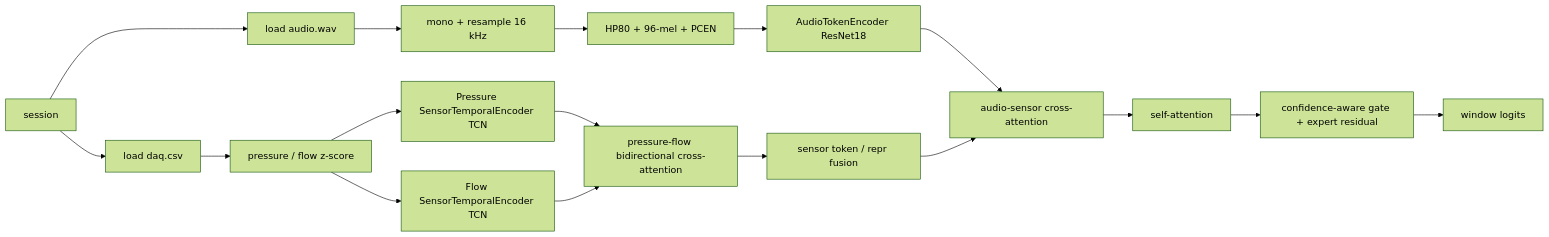
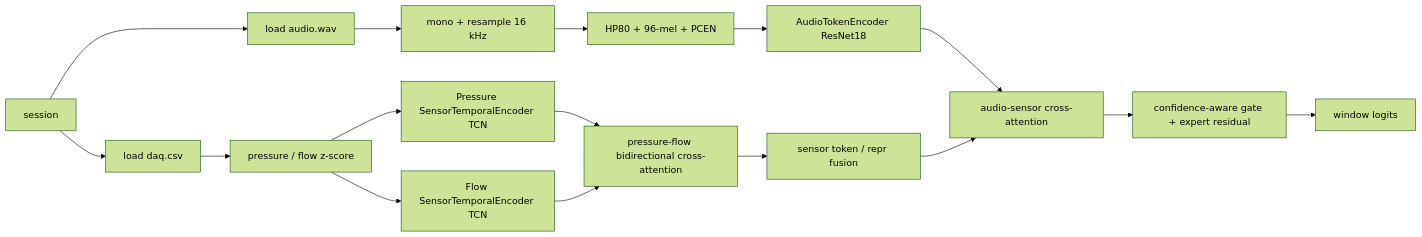
One commit to vagrant-git/MMDL changed the diagram in summary.md. Above: the diagram before and after it, drawn with Mermaid (forest theme). The commit also changed other lines of this file and 18 other files, not shown here.

````diff
--- a/summary.md
+++ b/summary.md
@@ -132,19 +132,18 @@
 ```mermaid
 flowchart LR
     A[session] --> B[load audio.wav]
     A --> C[load daq.csv]
     B --> D[mono + resample 16 kHz]
     C --> E[pressure / flow z-score]
     D --> F[HP80 + 96-mel + PCEN]
     F --> G[AudioTokenEncoder ResNet18]
     E --> H[Pressure SensorTemporalEncoder TCN]
     E --> I[Flow SensorTemporalEncoder TCN]
     H --> J[pressure-flow bidirectional cross-attention]
     I --> J
     J --> K[sensor token / repr fusion]
     G --> L[audio-sensor cross-attention]
     K --> L
-    L --> M[self-attention]
-    M --> N[confidence-aware gate + expert residual]
+    L --> N[confidence-aware gate + expert residual]
     N --> O[window logits]
 ```
````
